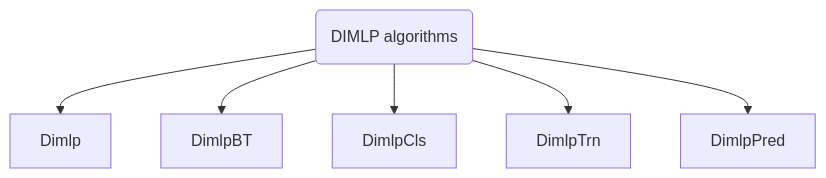
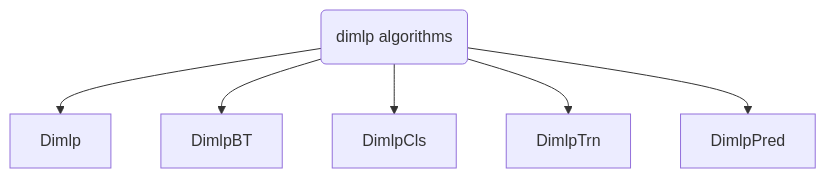
The diagram in docs/documentation/algorithms/dimlp/overview.md (HES-XPLAIN/hes-xplain.github.io), drawn with Mermaid before and after one commit. The commit also changed other lines of this file, not shown here.

````diff
--- a/docs/documentation/algorithms/dimlp/overview.md
+++ b/docs/documentation/algorithms/dimlp/overview.md
@@ -10,8 +12,8 @@
 ```mermaid
 graph TD;
-    d(DIMLP algorithms) --> Dimlp;
+    d(dimlp algorithms) --> Dimlp;
     d --> DimlpBT;
     d --> DimlpCls;
     d --> DimlpTrn;
     d --> DimlpPred;
 ```
````
